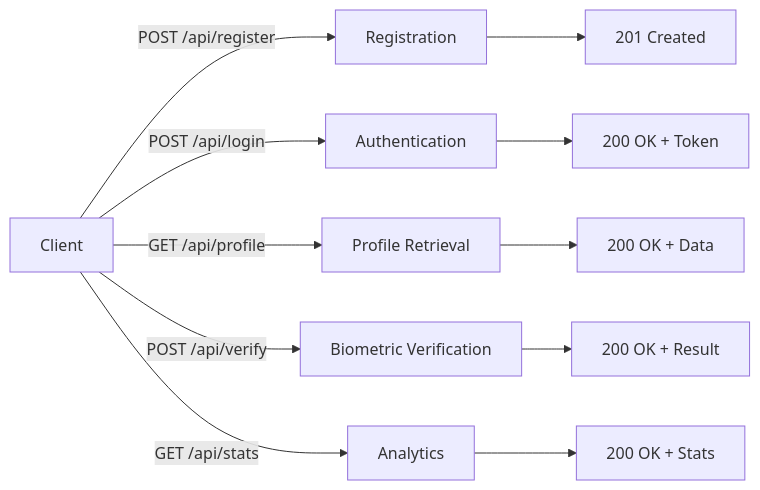
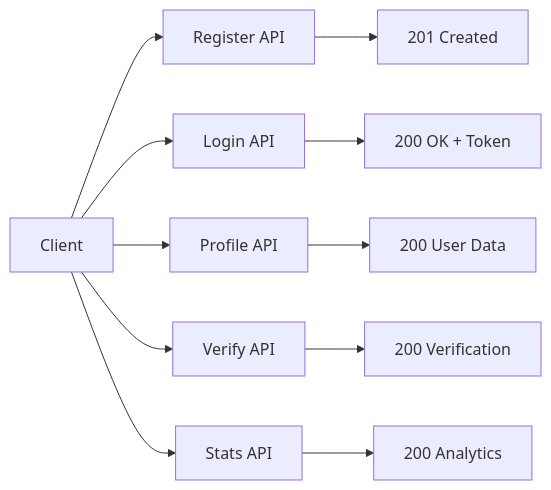
Before and after one commit to BTech20/biometric-auth-system: the seventh of 14 diagrams in ARCHITECTURE.md, drawn with Mermaid. The commit also changed other lines of this file, not shown here.

First line of the commit message:
Fix Mermaid diagram rendering issues for GitHub

````diff
--- a/ARCHITECTURE.md
+++ b/ARCHITECTURE.md
@@ -265,14 +290,14 @@
 ```mermaid
-graph LR
-    A[Client] -->|POST /api/register| B[Registration]
-    A -->|POST /api/login| C[Authentication]
-    A -->|GET /api/profile| D[Profile Retrieval]
-    A -->|POST /api/verify| E[Biometric Verification]
-    A -->|GET /api/stats| F[Analytics]
+flowchart LR
+    A["Client"] --> B["Register API"]
+    A --> C["Login API"]
+    A --> D["Profile API"]
+    A --> E["Verify API"]
+    A --> F["Stats API"]
     
-    B --> G[201 Created]
-    C --> H[200 OK + Token]
-    D --> I[200 OK + Data]
-    E --> J[200 OK + Result]
-    F --> K[200 OK + Stats]
+    B --> G["201 Created"]
+    C --> H["200 OK + Token"]
+    D --> I["200 User Data"]
+    E --> J["200 Verification"]
+    F --> K["200 Analytics"]
 ```
````
